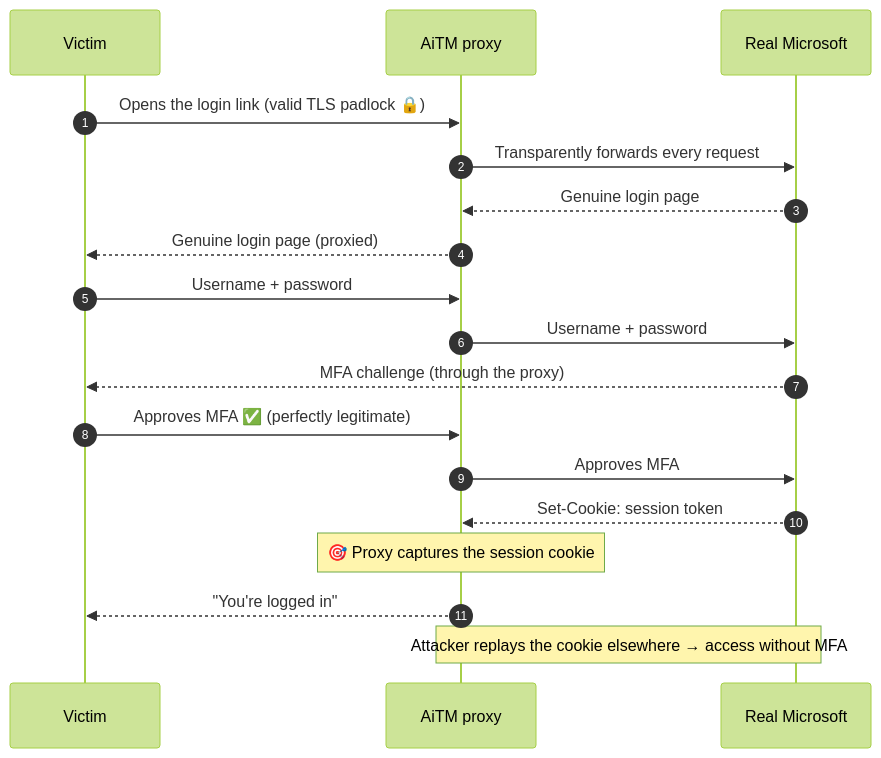
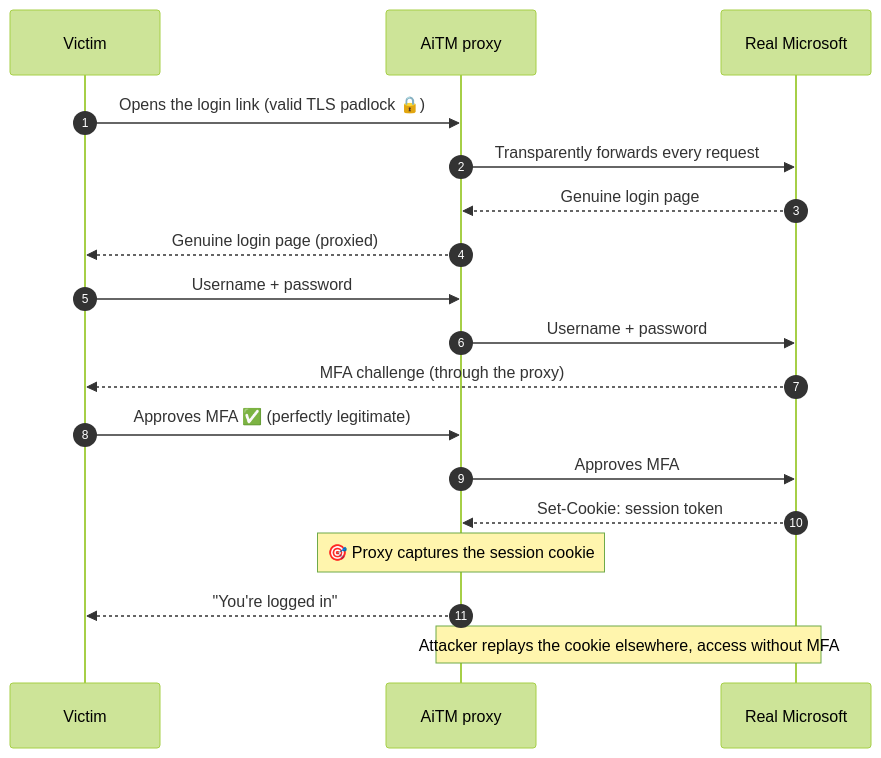
Before and after one commit to braad0/mfa-is-not-enough: the first of 2 diagrams in README.md, drawn with Mermaid (forest theme). The commit also changed other lines of this file, not shown here.

````diff
--- a/README.md
+++ b/README.md
@@ -39,20 +57,20 @@
 ```mermaid
 sequenceDiagram
     autonumber
     participant V as Victim
     participant E as AiTM proxy
     participant M as Real Microsoft
     V->>E: Opens the login link (valid TLS padlock 🔒)
     E->>M: Transparently forwards every request
     M-->>E: Genuine login page
     E-->>V: Genuine login page (proxied)
     V->>E: Username + password
     E->>M: Username + password
     M-->>V: MFA challenge (through the proxy)
     V->>E: Approves MFA ✅ (perfectly legitimate)
     E->>M: Approves MFA
     M-->>E: Set-Cookie: session token
     Note over E: 🎯 Proxy captures the session cookie
     E-->>V: "You're logged in"
-    Note over E,M: Attacker replays the cookie elsewhere → access without MFA
+    Note over E,M: Attacker replays the cookie elsewhere, access without MFA
 ```
````
